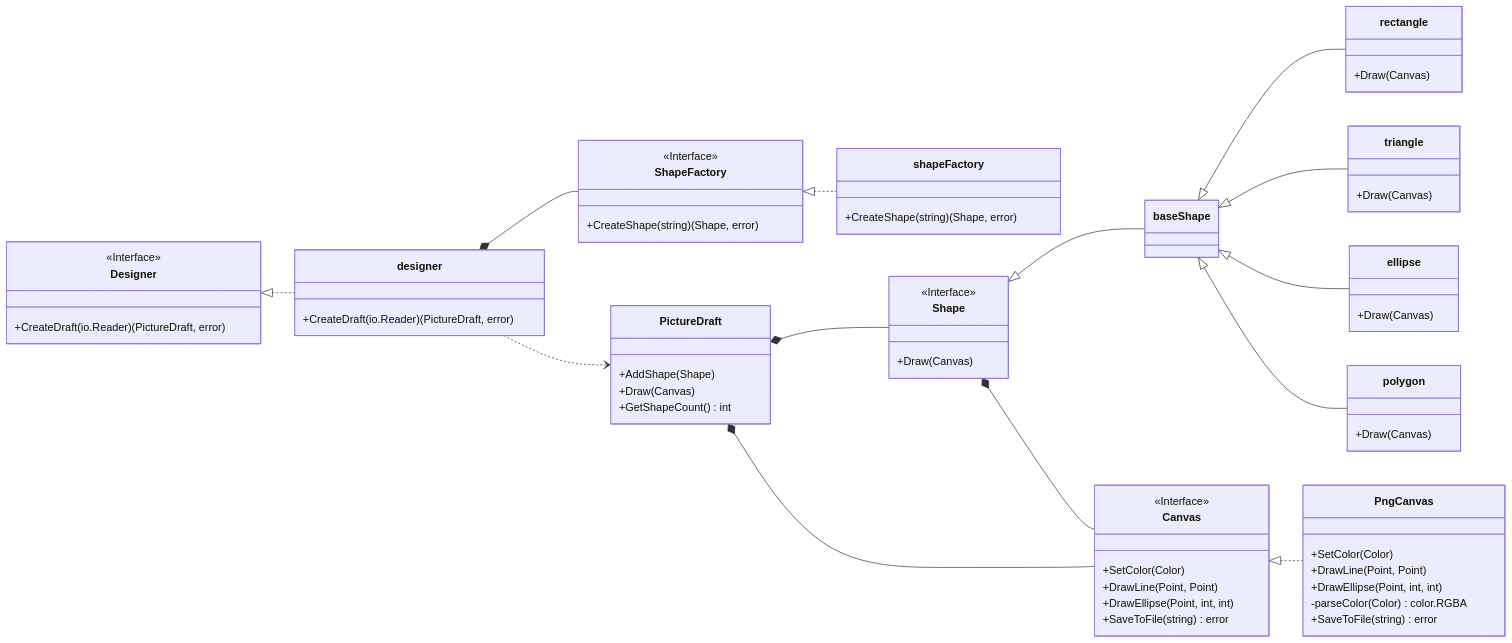
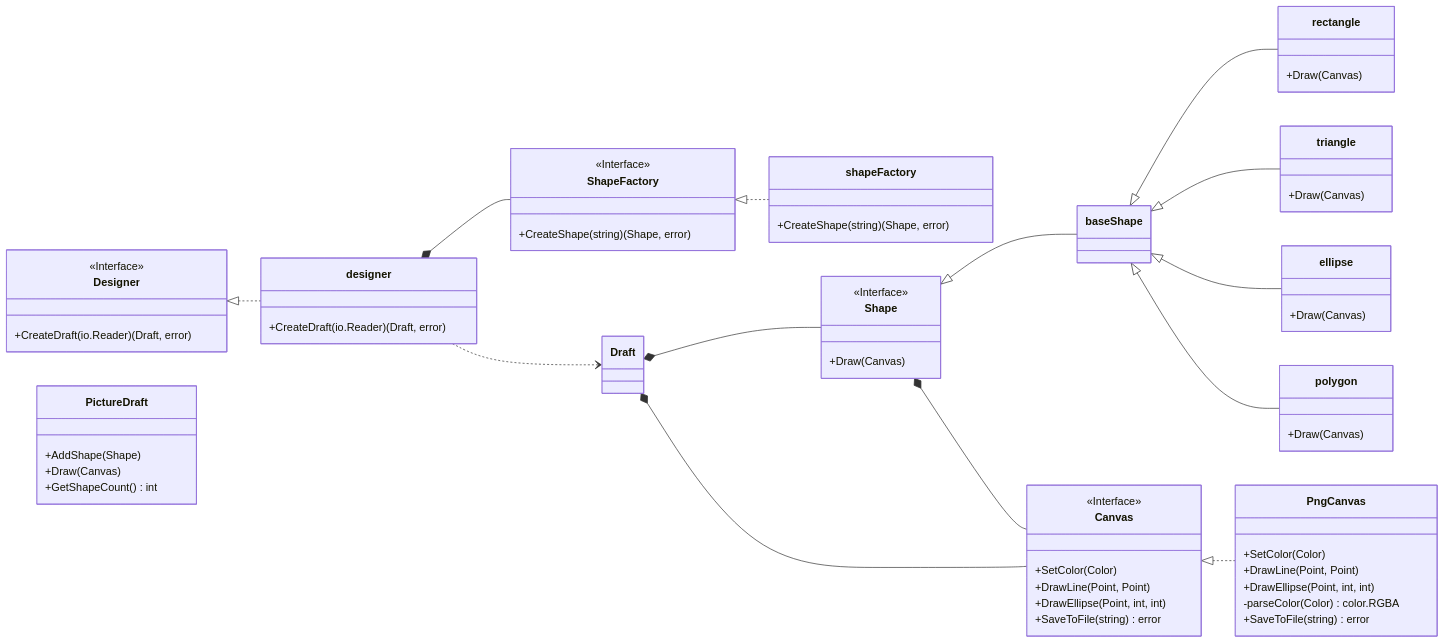
Before and after one commit to cetusw/ood: the diagram in lw4/factory/docs/ARCHITECTURE.md, drawn with Mermaid. The commit also changed 1 other file, not shown here.

Commit message:
factory отписал замечания

````diff
--- a/lw4/factory/docs/ARCHITECTURE.md
+++ b/lw4/factory/docs/ARCHITECTURE.md
@@ -1,82 +1,82 @@
 ```mermaid
 classDiagram
     direction LR
 
     class Designer {
         <<Interface>>
-        +CreateDraft(io.Reader) (PictureDraft, error)
+        +CreateDraft(io.Reader) (Draft, error)
     }
 
     class designer {
-        +CreateDraft(io.Reader) (PictureDraft, error)
+        +CreateDraft(io.Reader) (Draft, error)
     }
 
     class ShapeFactory {
         <<Interface>>
         +CreateShape(string) (Shape, error)
     }
 
     class shapeFactory {
         +CreateShape(string) (Shape, error)
     }
     
     class PictureDraft {
         +AddShape(Shape)
         +Draw(Canvas)
         +GetShapeCount() int
     }
     
     class Shape {
         <<Interface>>
         +Draw(Canvas)
     }
 
     class baseShape
 
     class rectangle {
         +Draw(Canvas)
     }
     class triangle {
         +Draw(Canvas)
     }
     class ellipse {
         +Draw(Canvas)
     }
     class polygon {
         +Draw(Canvas)
     }
 
     class Canvas {
         <<Interface>>
         +SetColor(Color)
         +DrawLine(Point, Point)
         +DrawEllipse(Point, int, int)
         +SaveToFile(string) error
     }
 
     class PngCanvas {
         +SetColor(Color)
         +DrawLine(Point, Point)
         +DrawEllipse(Point, int, int)
         -parseColor(Color) color.RGBA
         +SaveToFile(string) error
     }
 
     Designer <|.. designer
     designer *-- ShapeFactory
 
     ShapeFactory <|.. shapeFactory
 
-    PictureDraft *-- Shape
-    designer ..> PictureDraft
+    Draft *-- Shape
+    designer ..> Draft
 
     Shape <|-- baseShape
     baseShape <|-- rectangle
     baseShape <|-- triangle
     baseShape <|-- ellipse
     baseShape <|-- polygon
     
     Canvas <|.. PngCanvas
-    PictureDraft *-- Canvas
+    Draft *-- Canvas
     Shape *-- Canvas
 ```
````
